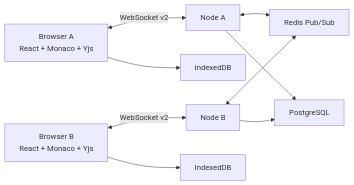
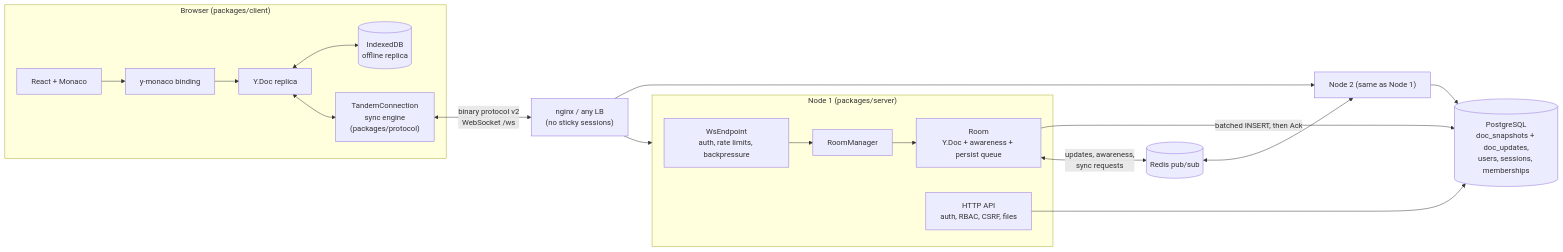
One commit to siddhaantxsingh/TANDEM-Collaborative-Editor changed the diagram in README.md. Above: the diagram before and after it, drawn with Mermaid. The commit also changed other lines of this file and 1 other file, not shown here.

First line of the commit message:
README: rewrite with CI badge, architecture diagram and scoped evidence

````diff
--- a/README.md
+++ b/README.md
@@ -67,14 +25,25 @@
-``` mermaid
+```mermaid
 flowchart LR
-    A["Browser A<br/>React + Monaco + Yjs"] <-->|"WebSocket v2"| N1["Node A"]
-    B["Browser B<br/>React + Monaco + Yjs"] <-->|"WebSocket v2"| N2["Node B"]
+  subgraph Browser["Browser (packages/client)"]
+    UI["React + Monaco"] --> B["y-monaco binding"]
+    B --> YD["Y.Doc replica"]
+    YD <--> IDB[("IndexedDB<br/>offline replica")]
+    YD <--> CE["TandemConnection<br/>sync engine<br/>(packages/protocol)"]
+  end
 
-    N1 <--> R["Redis Pub/Sub"]
-    N2 <--> R
+  CE <-->|"binary protocol v2<br/>WebSocket /ws"| LB["nginx / any LB<br/>(no sticky sessions)"]
+  LB --> N1
+  LB --> N2["Node 2 (same as Node 1)"]
 
-    N1 --> P["PostgreSQL"]
-    N2 --> P
+  subgraph N1["Node 1 (packages/server)"]
+    WS["WsEndpoint<br/>auth, rate limits, backpressure"] --> RM["RoomManager"]
+    RM --> R["Room<br/>Y.Doc + awareness + persist queue"]
+    HTTP["HTTP API<br/>auth, RBAC, CSRF, files"]
+  end
 
-    A --> IA["IndexedDB"]
-    B --> IB["IndexedDB"]
+  R -->|"batched INSERT, then Ack"| PG[("PostgreSQL<br/>doc_snapshots + doc_updates,<br/>users, sessions, memberships")]
+  HTTP --> PG
+  R <-->|"updates, awareness,<br/>sync requests"| RD[("Redis pub/sub")]
+  RD <--> N2
+  N2 --> PG
 ```
````
